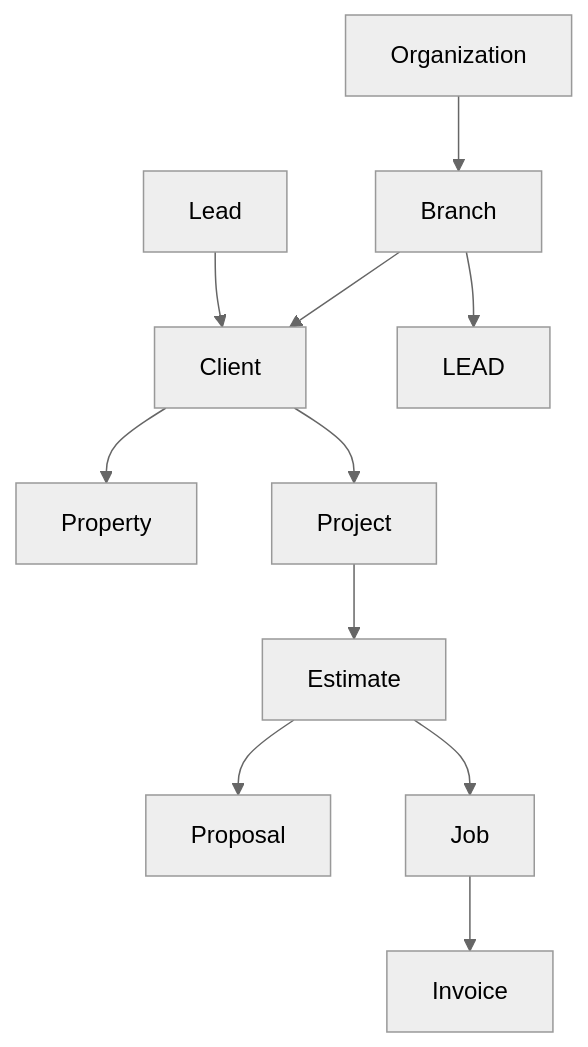
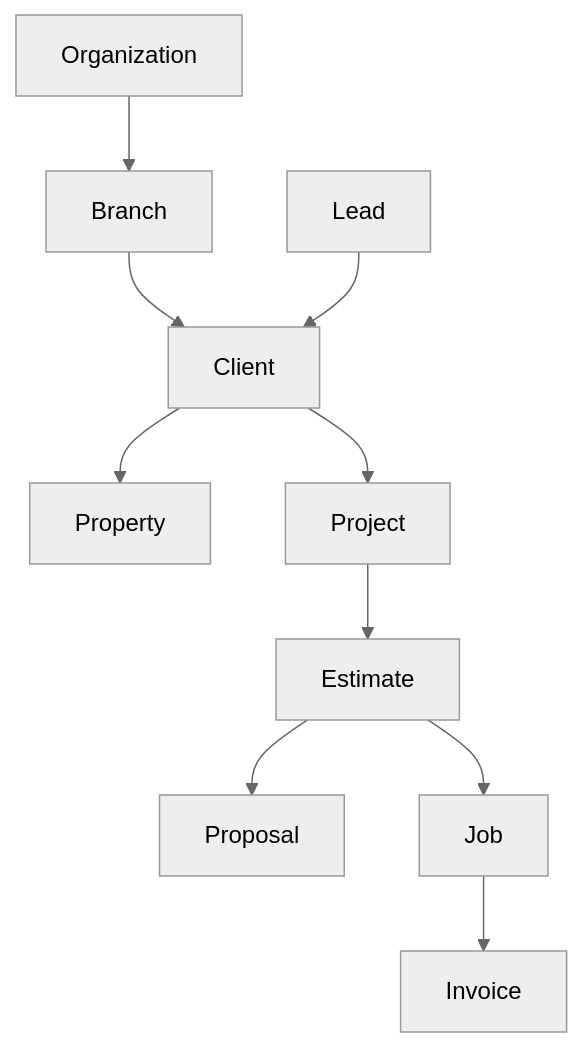
One commit to Attic-Tech/docs changed the diagram in guides/start/core-concepts.mdx. Above: the diagram before and after it, drawn with Mermaid (neutral theme). The commit also changed other lines of this file, not shown here.

````diff
--- a/guides/start/core-concepts.mdx
+++ b/guides/start/core-concepts.mdx
@@ -73,13 +67,12 @@
 ```mermaid
 flowchart TD
   ORG[Organization] --> BR[Branch]
   BR --> CL[Client]
-  BR --> L[LEAD]
   LEAD[Lead] --> CL
   CL --> PR[Property]
   CL --> PROJ[Project]
   PROJ --> EST[Estimate]
   EST --> PROP[Proposal]
   EST --> JOB[Job]
   JOB --> INV[Invoice]
 ```
````
